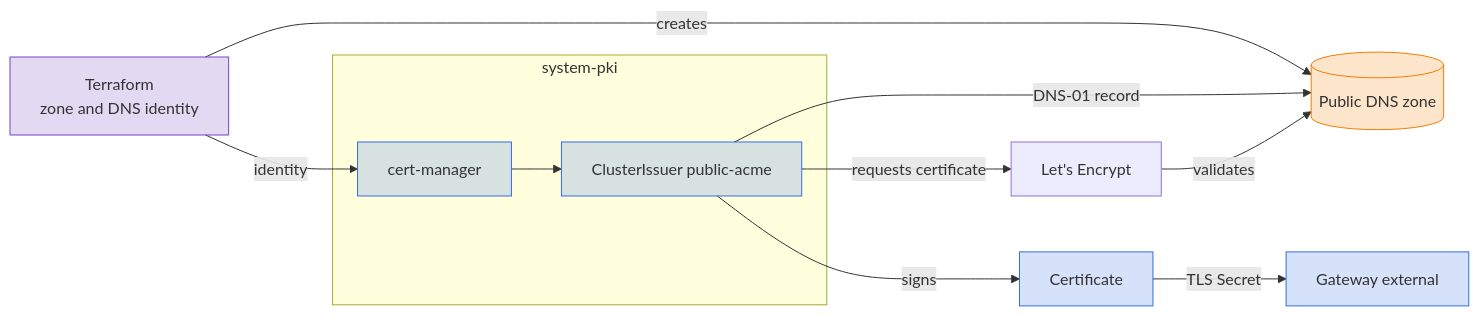
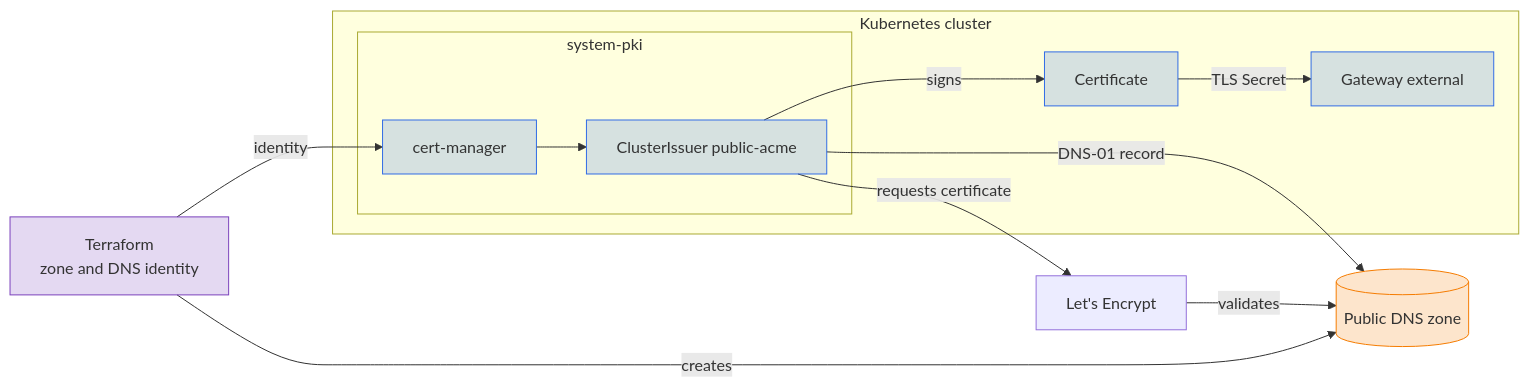
Before and after one commit to windsorcli/core: the diagram in docs/guides/pki/acme.md, drawn with Mermaid. The commit also changed other lines of this file and 35 other files, not shown here.

````diff
--- a/docs/guides/pki/acme.md
+++ b/docs/guides/pki/acme.md
@@ -43,29 +68,31 @@
 ```mermaid
 flowchart LR
   tf[Terraform<br/>zone and DNS identity]
   zone[(Public DNS zone)]
   le[Let's Encrypt]
 
-  subgraph systempki[system-pki]
-    cm[cert-manager]
-    issuer[ClusterIssuer public-acme]
+  subgraph cluster[Kubernetes cluster]
+    subgraph systempki[system-pki]
+      cm[cert-manager]
+      issuer[ClusterIssuer public-acme]
+    end
+
+    cert[Certificate]
+    gateway[Gateway external]
   end
-
-  cert[Certificate]
-  gateway[Gateway external]
 
   tf -->|identity| cm
   tf -->|creates| zone
   cm --> issuer
   issuer -->|requests certificate| le
   issuer -->|DNS-01 record| zone
   le -->|validates| zone
   issuer -->|signs| cert
   cert -->|TLS Secret| gateway
   classDef terraform fill:#7B42BC33,stroke:#7B42BC
   classDef store fill:#F57C0033,stroke:#F57C00
   classDef k8s fill:#326CE533,stroke:#326CE5
   class tf terraform
   class zone store
   class cm,issuer,cert,gateway k8s
 ```
````
